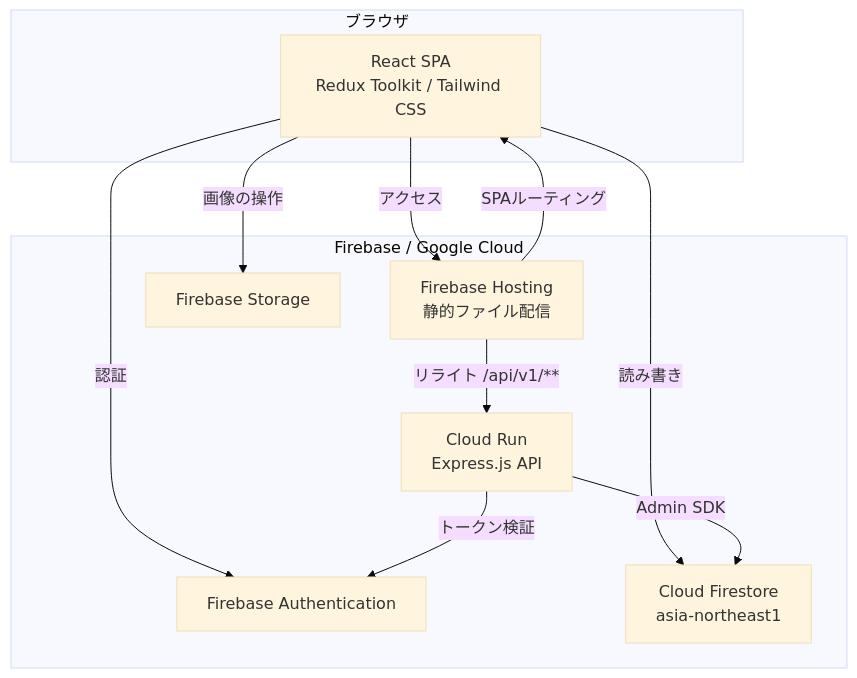
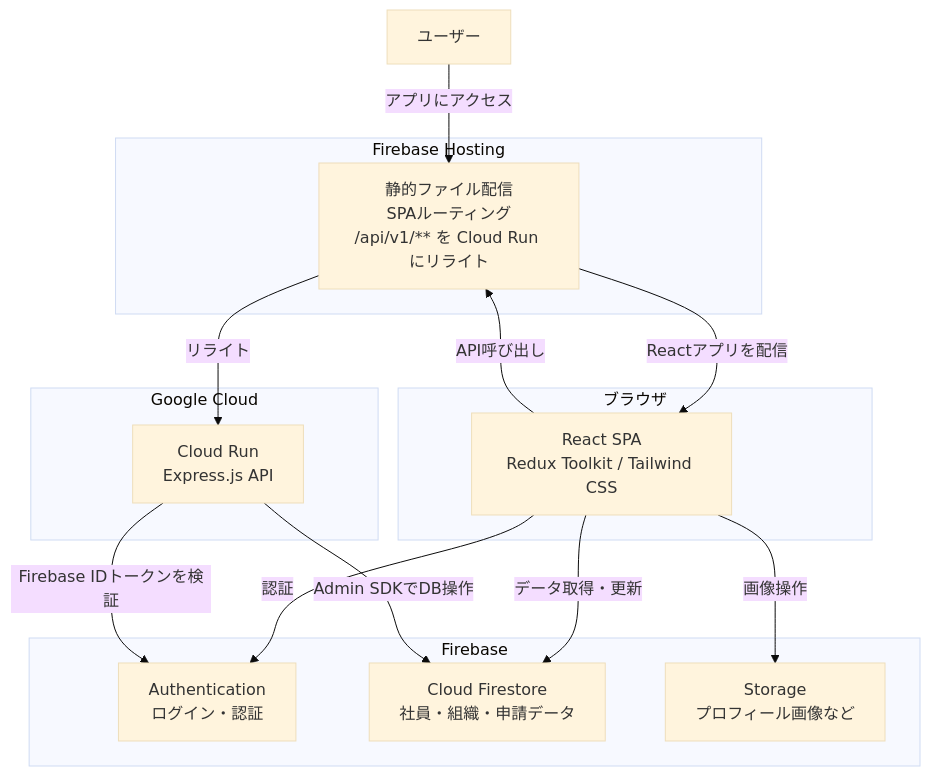
Before and after one commit to yunatoma/employee-profile-app: the diagram in README.md, drawn with Mermaid (base theme). The commit also changed other lines of this file, not shown here.

Commit message:
update: システム構成図に修正

````diff
--- a/README.md
+++ b/README.md
@@ -43,24 +43,36 @@
 ```mermaid
 graph TB
-    subgraph Client["ブラウザ"]
+    User["ユーザー"]
+
+    subgraph Browser["ブラウザ"]
         React["React SPA<br/>Redux Toolkit / Tailwind CSS"]
     end
 
-    subgraph GCP["Firebase / Google Cloud"]
-        Hosting["Firebase Hosting<br/>静的ファイル配信"]
-        CloudRun["Cloud Run<br/>Express.js API"]
-        Auth["Firebase Authentication"]
-        Firestore["Cloud Firestore<br/>asia-northeast1"]
-        Storage["Firebase Storage"]
+    subgraph HostingArea["Firebase Hosting"]
+        Hosting["静的ファイル配信<br/>SPAルーティング<br/>/api/v1/** を Cloud Run にリライト"]
     end
 
-    React -->|"アクセス"| Hosting
-    Hosting -->|"SPAルーティング"| React
-    Hosting -->|"リライト /api/v1/**"| CloudRun
+    subgraph FirebaseArea["Firebase"]
+        Auth["Authentication<br/>ログイン・認証"]
+        Firestore["Cloud Firestore<br/>社員・組織・申請データ"]
+        Storage["Storage<br/>プロフィール画像など"]
+    end
+
+    subgraph APIArea["Google Cloud"]
+        CloudRun["Cloud Run<br/>Express.js API"]
+    end
+
+    User -->|"アプリにアクセス"| Hosting
+    Hosting -->|"Reactアプリを配信"| React
+
     React -->|"認証"| Auth
-    React -->|"読み書き"| Firestore
-    React -->|"画像の操作"| Storage
-    CloudRun -->|"トークン検証"| Auth
-    CloudRun -->|"Admin SDK"| Firestore
+    React -->|"データ取得・更新"| Firestore
+    React -->|"画像操作"| Storage
+
+    React -->|"API呼び出し"| Hosting
+    Hosting -->|"リライト"| CloudRun
+
+    CloudRun -->|"Firebase IDトークンを検証"| Auth
+    CloudRun -->|"Admin SDKでDB操作"| Firestore
 
 ```
````
